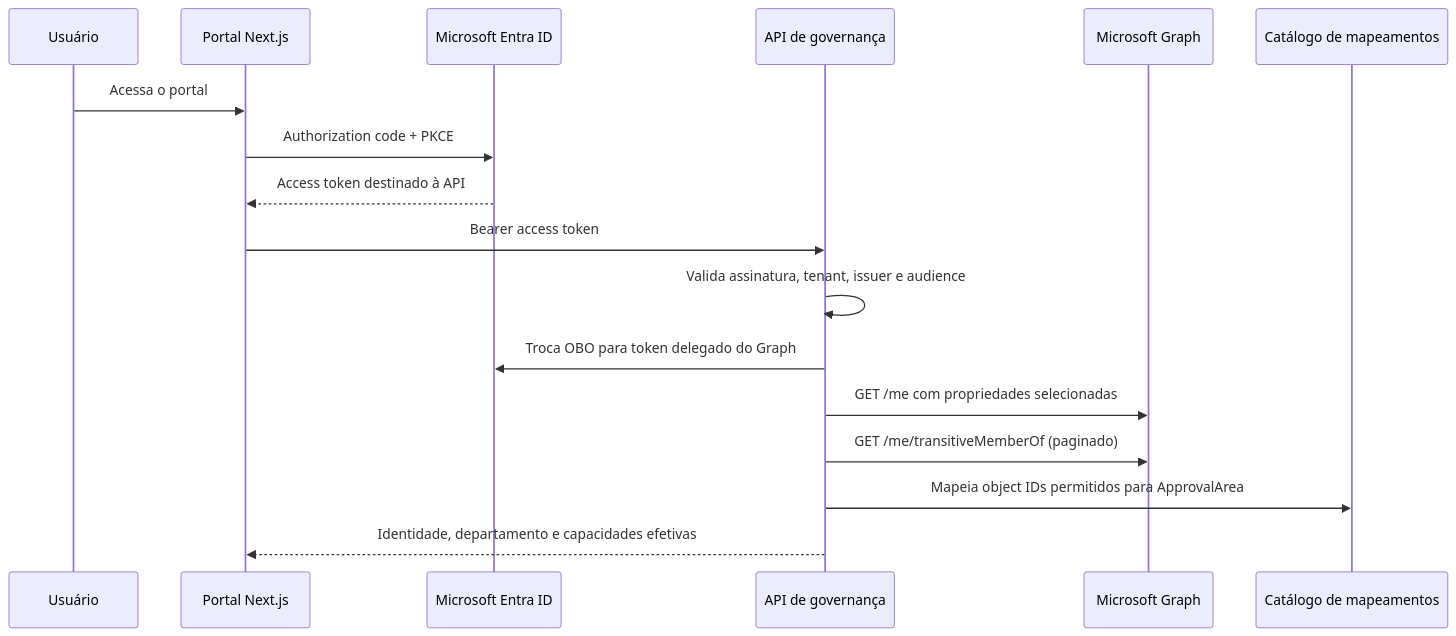
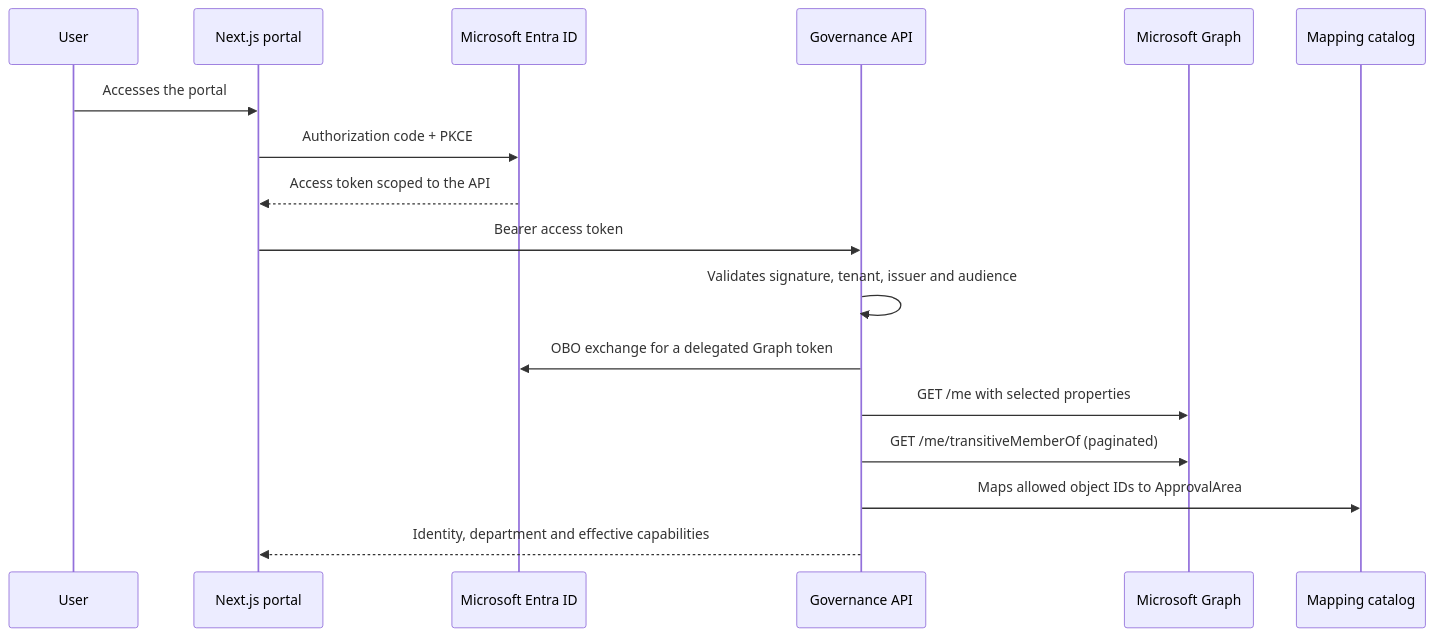
The diagram in docs/architecture/MICROSOFT_ENTRA_GRAPH_PLAN.md (brunovicco/verifiable-ai-governance), drawn with Mermaid before and after one commit. The commit also changed other lines of this file and 42 other files, not shown here.

````diff
--- a/docs/architecture/MICROSOFT_ENTRA_GRAPH_PLAN.md
+++ b/docs/architecture/MICROSOFT_ENTRA_GRAPH_PLAN.md
@@ -19,20 +21,20 @@
 ```mermaid
 sequenceDiagram
-  participant U as Usuário
-  participant P as Portal Next.js
+  participant U as User
+  participant P as Next.js portal
   participant E as Microsoft Entra ID
-  participant A as API de governança
+  participant A as Governance API
   participant G as Microsoft Graph
-  participant M as Catálogo de mapeamentos
+  participant M as Mapping catalog
 
-  U->>P: Acessa o portal
+  U->>P: Accesses the portal
   P->>E: Authorization code + PKCE
-  E-->>P: Access token destinado à API
+  E-->>P: Access token scoped to the API
   P->>A: Bearer access token
-  A->>A: Valida assinatura, tenant, issuer e audience
-  A->>E: Troca OBO para token delegado do Graph
-  A->>G: GET /me com propriedades selecionadas
-  A->>G: GET /me/transitiveMemberOf (paginado)
-  A->>M: Mapeia object IDs permitidos para ApprovalArea
-  A-->>P: Identidade, departamento e capacidades efetivas
+  A->>A: Validates signature, tenant, issuer and audience
+  A->>E: OBO exchange for a delegated Graph token
+  A->>G: GET /me with selected properties
+  A->>G: GET /me/transitiveMemberOf (paginated)
+  A->>M: Maps allowed object IDs to ApprovalArea
+  A-->>P: Identity, department and effective capabilities
 ```
````
